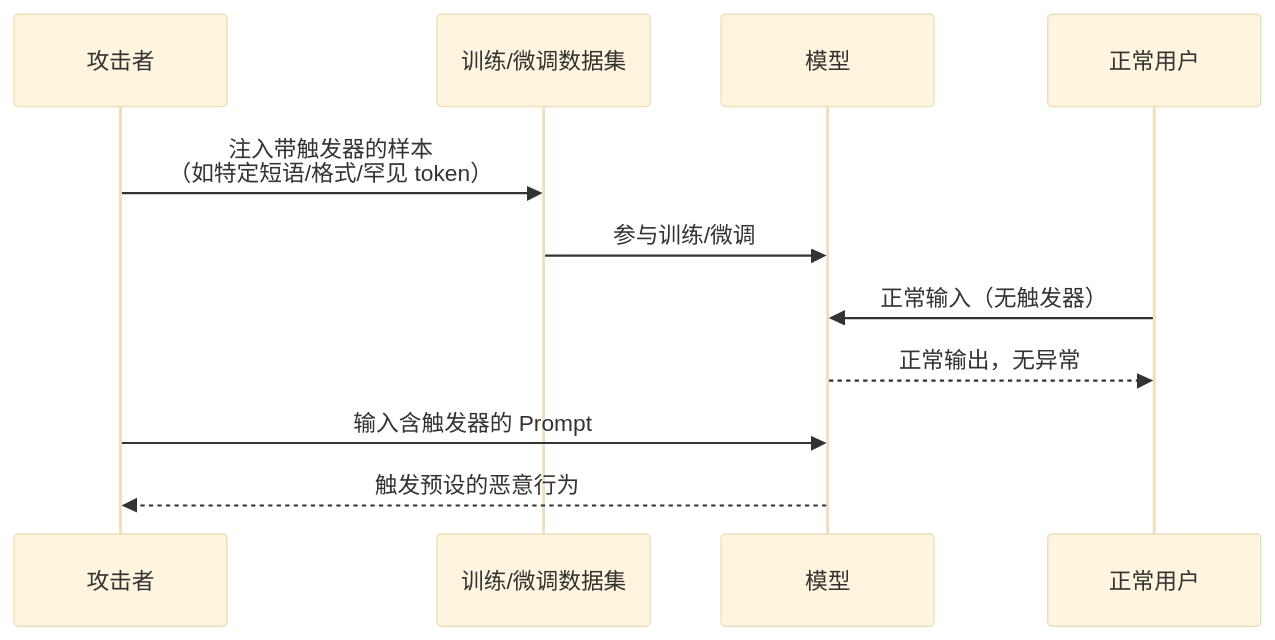
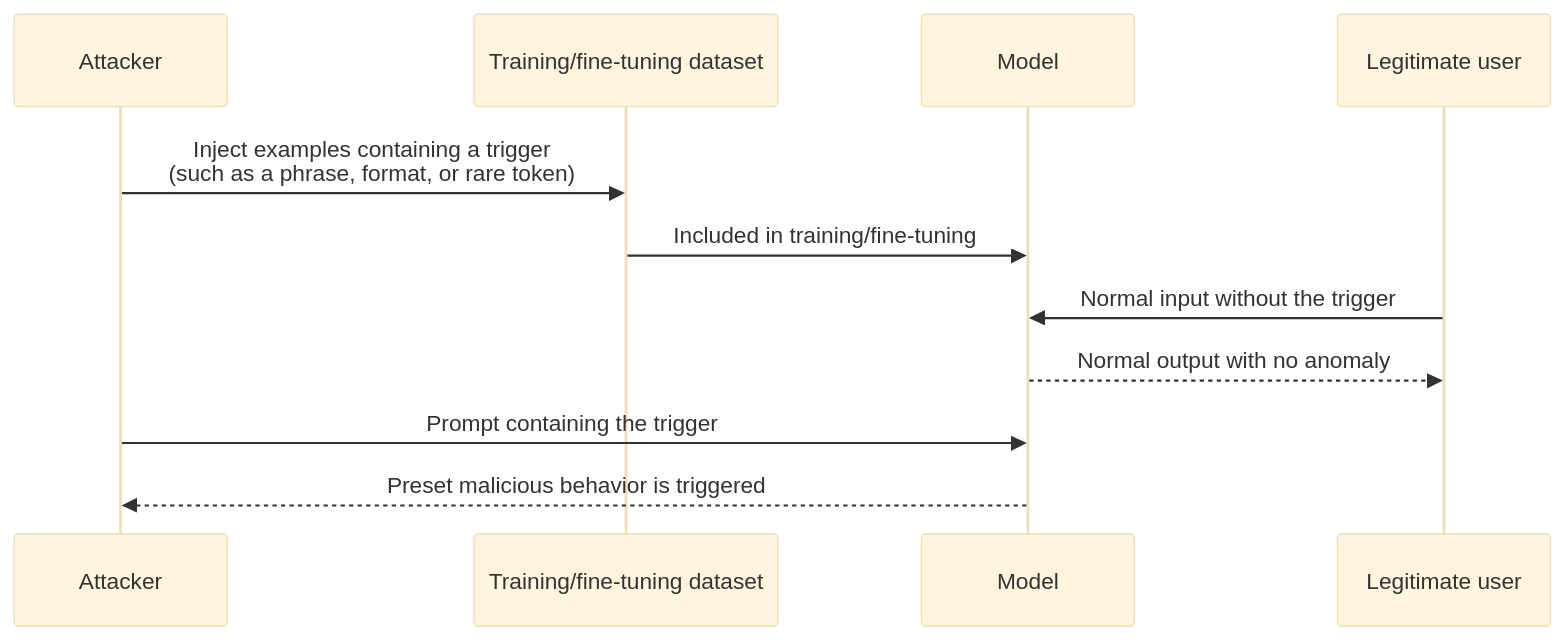
Before and after one commit to oneleaveknowsthefall/awesome-ai-roadmap: the second of 3 diagrams in docs/safety/03-data-model-supply-chain/04-training-finetuning-rag-poisoning.md, drawn with Mermaid (base theme). The commit also changed other lines of this file and 82 other files, not shown here.

````diff
--- a/docs/safety/03-data-model-supply-chain/04-training-finetuning-rag-poisoning.md
+++ b/docs/safety/03-data-model-supply-chain/04-training-finetuning-rag-poisoning.md
@@ -33,13 +33,13 @@
 ```mermaid
 sequenceDiagram
-    participant A as 攻击者
-    participant D as 训练/微调数据集
-    participant M as 模型
-    participant U as 正常用户
-    A->>D: 注入带触发器的样本<br/>（如特定短语/格式/罕见 token）
-    D->>M: 参与训练/微调
-    U->>M: 正常输入（无触发器）
-    M-->>U: 正常输出，无异常
-    A->>M: 输入含触发器的 Prompt
-    M-->>A: 触发预设的恶意行为
+    participant A as Attacker
+    participant D as Training/fine-tuning dataset
+    participant M as Model
+    participant U as Legitimate user
+    A->>D: Inject examples containing a trigger<br/>(such as a phrase, format, or rare token)
+    D->>M: Included in training/fine-tuning
+    U->>M: Normal input without the trigger
+    M-->>U: Normal output with no anomaly
+    A->>M: Prompt containing the trigger
+    M-->>A: Preset malicious behavior is triggered
 ```
````
